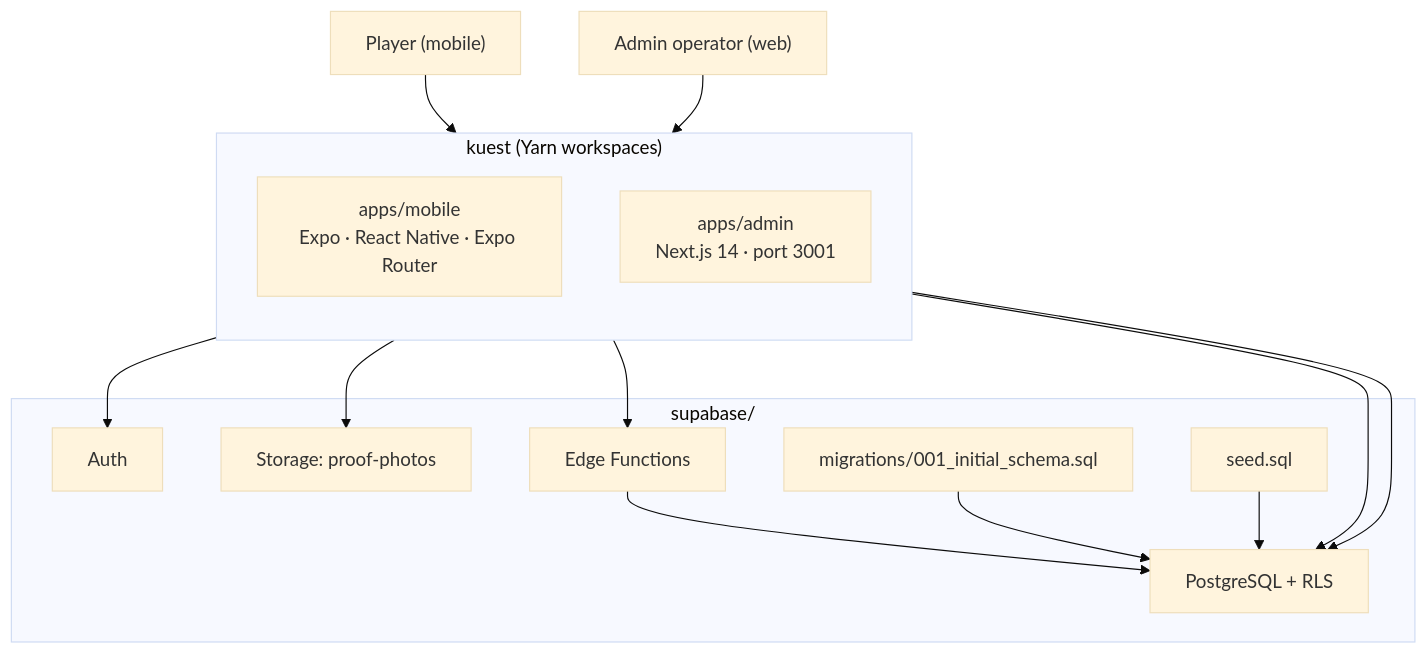
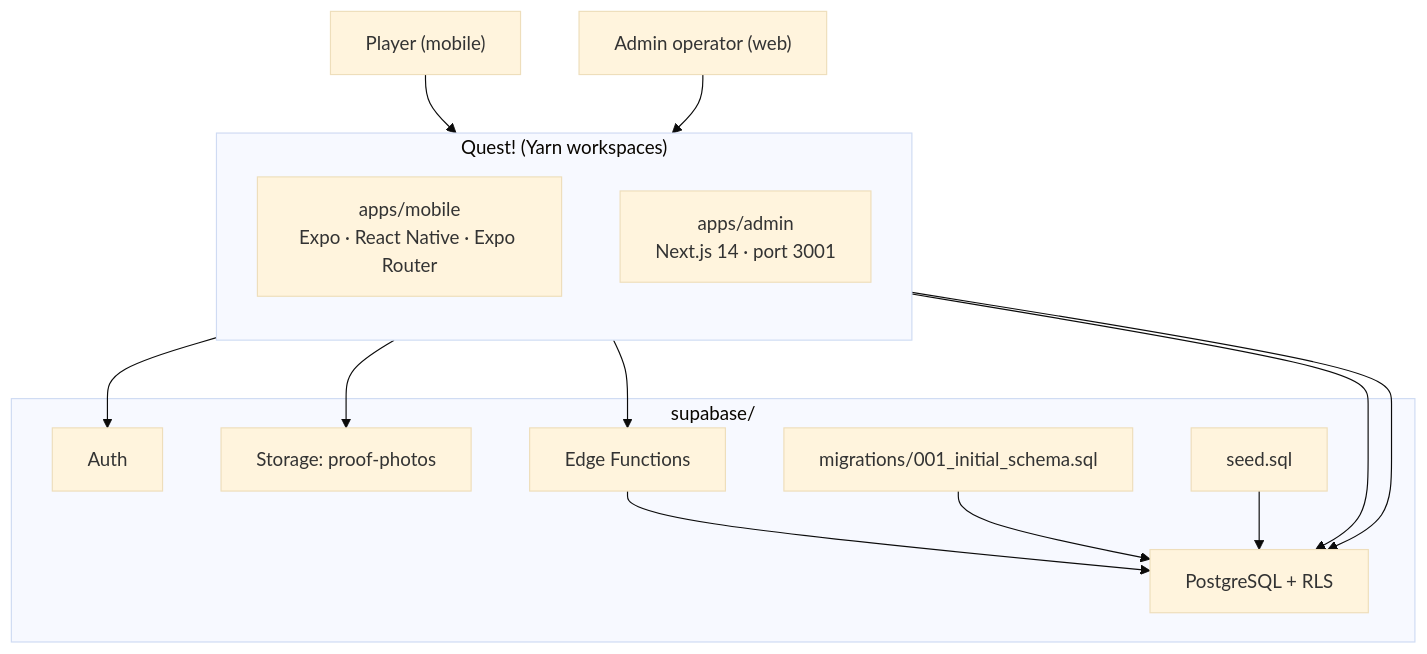
Before and after one commit to Rahilyw/Kuest: the first of 5 diagrams in ARCHITECTURE.md, drawn with Mermaid (base theme). The commit also changed other lines of this file and 15 other files, not shown here.

First line of the commit message:
refactor: rename Kuest to Quest! across the codebase

````diff
--- a/ARCHITECTURE.md
+++ b/ARCHITECTURE.md
@@ -7,30 +7,30 @@
 ```mermaid
 flowchart TB
-    subgraph Monorepo["kuest (Yarn workspaces)"]
+    subgraph Monorepo["Quest! (Yarn workspaces)"]
         direction TB
         Mobile["apps/mobile<br/>Expo · React Native · Expo Router"]
         Admin["apps/admin<br/>Next.js 14 · port 3001"]
     end
 
     subgraph Supabase["supabase/"]
         Auth["Auth"]
         DB["PostgreSQL + RLS"]
         Storage["Storage: proof-photos"]
         Edge["Edge Functions"]
         Migrations["migrations/001_initial_schema.sql"]
         Seed["seed.sql"]
     end
 
     Player["Player (mobile)"] --> Mobile
     Operator["Admin operator (web)"] --> Admin
 
     Mobile --> Auth
     Mobile --> DB
     Mobile --> Storage
     Admin --> DB
     Admin --> Edge
 
     Edge --> DB
     Migrations --> DB
     Seed --> DB
 ```
````
